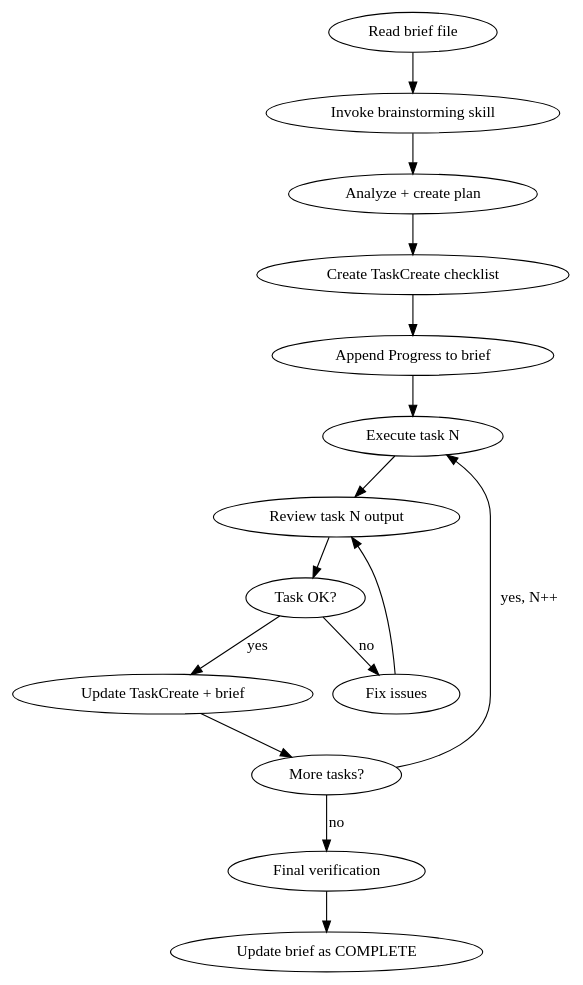
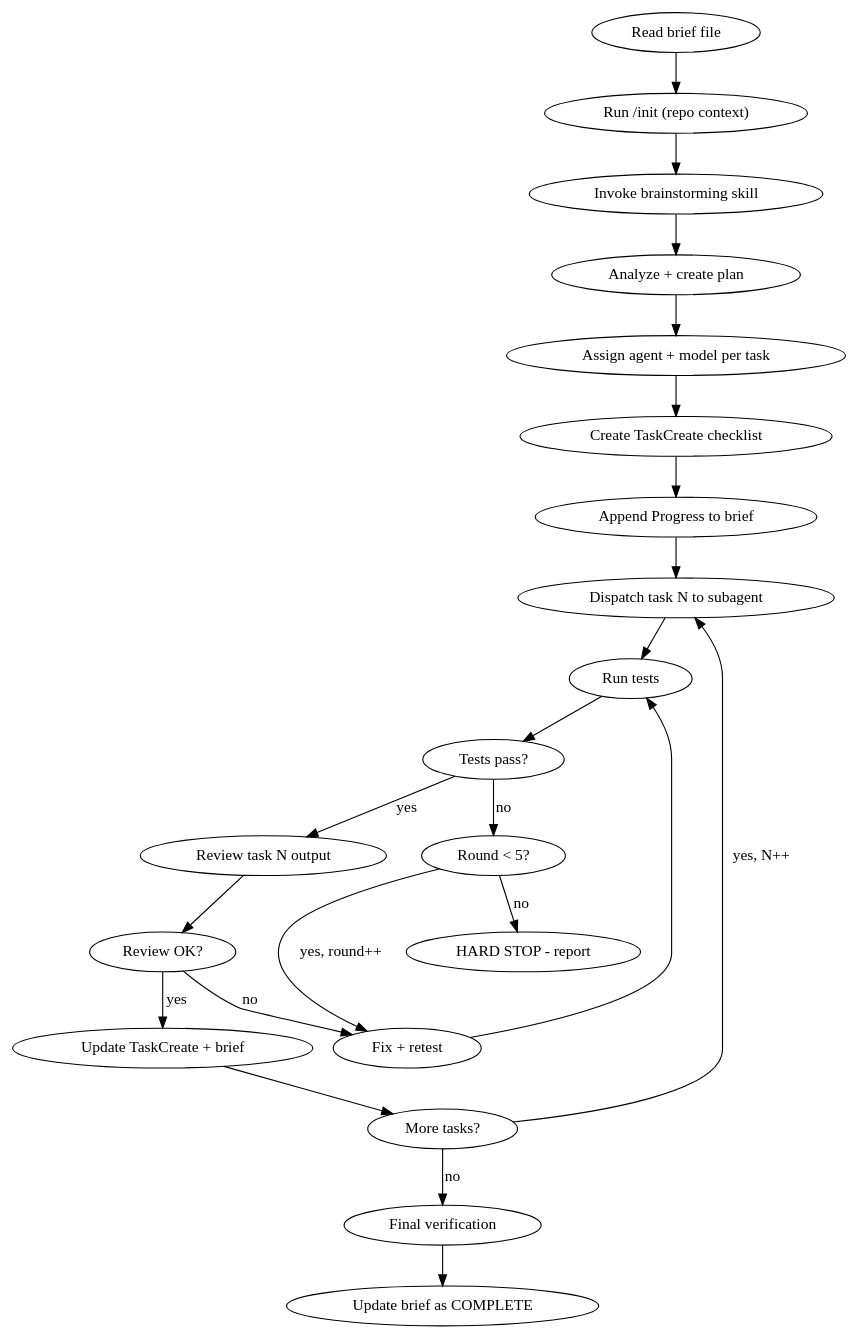
Before and after one commit to tn22180/second-brain: the diagram in skills/tony-wf/SKILL.md, drawn with Graphviz. The commit also changed other lines of this file and 41 other files, not shown here.

````diff
--- a/skills/tony-wf/SKILL.md
+++ b/skills/tony-wf/SKILL.md
@@ -14,19 +14,26 @@
 ```dot
 digraph tony_wf {
     rankdir=TB;
-    "Read brief file" -> "Invoke brainstorming skill";
+    "Read brief file" -> "Run /init (repo context)";
+    "Run /init (repo context)" -> "Invoke brainstorming skill";
     "Invoke brainstorming skill" -> "Analyze + create plan";
-    "Analyze + create plan" -> "Create TaskCreate checklist";
+    "Analyze + create plan" -> "Assign agent + model per task";
+    "Assign agent + model per task" -> "Create TaskCreate checklist";
     "Create TaskCreate checklist" -> "Append Progress to brief";
-    "Append Progress to brief" -> "Execute task N";
-    "Execute task N" -> "Review task N output";
-    "Review task N output" -> "Task OK?" [shape=diamond];
-    "Task OK?" -> "Update TaskCreate + brief" [label="yes"];
-    "Task OK?" -> "Fix issues" [label="no"];
-    "Fix issues" -> "Review task N output";
+    "Append Progress to brief" -> "Dispatch task N to subagent";
+    "Dispatch task N to subagent" -> "Run tests";
+    "Run tests" -> "Tests pass?" [shape=diamond];
+    "Tests pass?" -> "Review task N output" [label="yes"];
+    "Tests pass?" -> "Round < 5?" [label="no"];
+    "Round < 5?" -> "Fix + retest" [label="yes, round++"];
+    "Round < 5?" -> "HARD STOP - report" [label="no"];
+    "Fix + retest" -> "Run tests";
+    "Review task N output" -> "Review OK?" [shape=diamond];
+    "Review OK?" -> "Update TaskCreate + brief" [label="yes"];
+    "Review OK?" -> "Fix + retest" [label="no"];
     "Update TaskCreate + brief" -> "More tasks?" [shape=diamond];
-    "More tasks?" -> "Execute task N" [label="yes, N++"];
+    "More tasks?" -> "Dispatch task N to subagent" [label="yes, N++"];
     "More tasks?" -> "Final verification" [label="no"];
     "Final verification" -> "Update brief as COMPLETE";
 }
 ```
````
